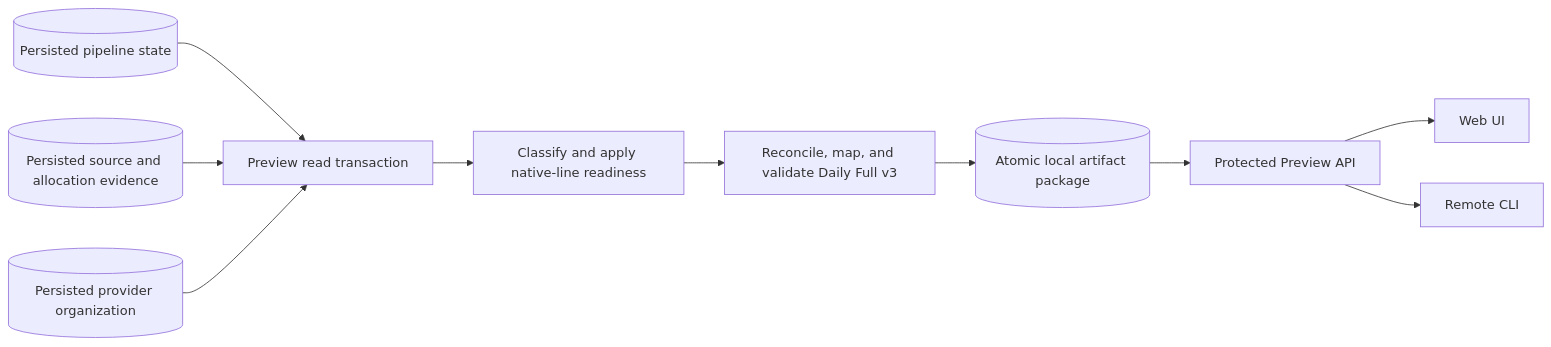
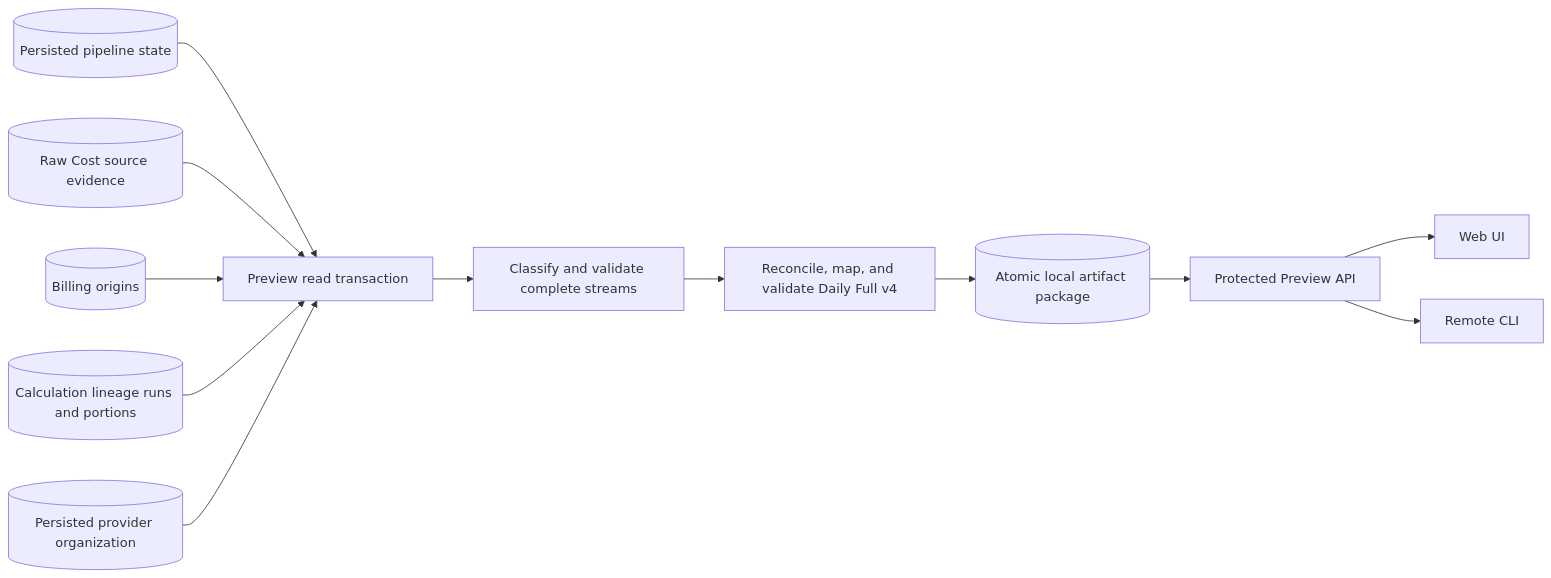
One commit to waliaabhishek/chitragupta changed the second of 2 diagrams in docs/architecture/data-flow.md. Above: the diagram before and after it, drawn with Mermaid. The commit also changed other lines of this file and 42 other files, not shown here.

First line of the commit message:
Fix: TASK-254.05 - Reconcile allocation lineage tags and unallocated portions

````diff
--- a/docs/architecture/data-flow.md
+++ b/docs/architecture/data-flow.md
@@ -141,12 +141,14 @@
 ```mermaid
 flowchart LR
     PS[(Persisted pipeline state)] --> PR[Preview read transaction]
-    EV[(Persisted source and allocation evidence)] --> PR
+    SRC[(Raw Cost source evidence)] --> PR
+    BILL[(Billing origins)] --> PR
+    LINE[(Calculation lineage runs and portions)] --> PR
     ORG[(Persisted provider organization)] --> PR
-    PR --> READY[Classify and apply native-line readiness]
-    READY --> MAP[Reconcile, map, and validate Daily Full v3]
+    PR --> READY[Classify and validate complete streams]
+    READY --> MAP[Reconcile, map, and validate Daily Full v4]
     MAP --> ART[(Atomic local artifact package)]
     ART --> API[Protected Preview API]
     API --> UI[Web UI]
     API --> CLI[Remote CLI]
 ```
````
